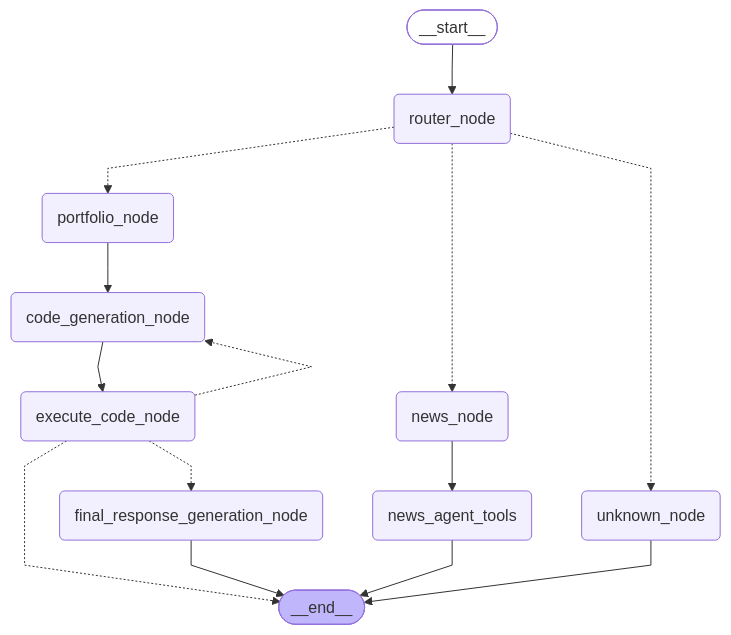
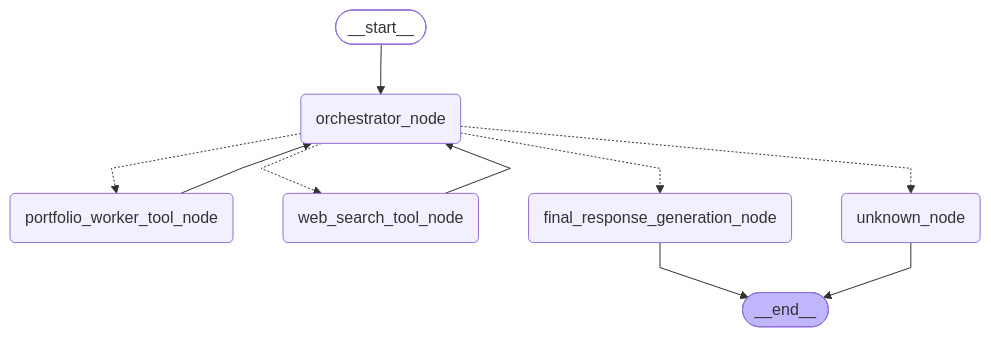
The diagram in wiki/artifacts/langgraph-mermaid.mermaid (deepjyotk/finto), drawn with Mermaid before and after one commit. The commit also changed 23 other files, not shown here.

First line of the commit message:
Refactor agent architecture and enhance node functionality

```diff
--- a/wiki/artifacts/langgraph-mermaid.mermaid
+++ b/wiki/artifacts/langgraph-mermaid.mermaid
@@ -1,32 +1,25 @@
 ---
 config:
   flowchart:
     curve: linear
 ---
 graph TD;
 	__start__([<p>__start__</p>]):::first
-	router_node(router_node)
-	news_node(news_node)
-	portfolio_node(portfolio_node)
-	news_agent_tools(news_agent_tools)
-	code_generation_node(code_generation_node)
+	orchestrator_node(orchestrator_node)
+	portfolio_worker_tool_node(portfolio_worker_tool_node)
+	web_search_tool_node(web_search_tool_node)
 	final_response_generation_node(final_response_generation_node)
-	execute_code_node(execute_code_node)
 	unknown_node(unknown_node)
 	__end__([<p>__end__</p>]):::last
-	__start__ --> router_node;
-	code_generation_node --> execute_code_node;
-	execute_code_node -.-> __end__;
-	execute_code_node -.-> code_generation_node;
-	execute_code_node -.-> final_response_generation_node;
-	news_node --> news_agent_tools;
-	portfolio_node --> code_generation_node;
-	router_node -.-> news_node;
-	router_node -.-> portfolio_node;
-	router_node -.-> unknown_node;
+	__start__ --> orchestrator_node;
+	web_search_tool_node --> orchestrator_node;
+	orchestrator_node -.-> final_response_generation_node;
+	orchestrator_node -.-> web_search_tool_node;
+	orchestrator_node -.-> portfolio_worker_tool_node;
+	orchestrator_node -.-> unknown_node;
+	portfolio_worker_tool_node --> orchestrator_node;
 	final_response_generation_node --> __end__;
-	news_agent_tools --> __end__;
 	unknown_node --> __end__;
 	classDef default fill:#f2f0ff,line-height:1.2
 	classDef first fill-opacity:0
 	classDef last fill:#bfb6fc
```
